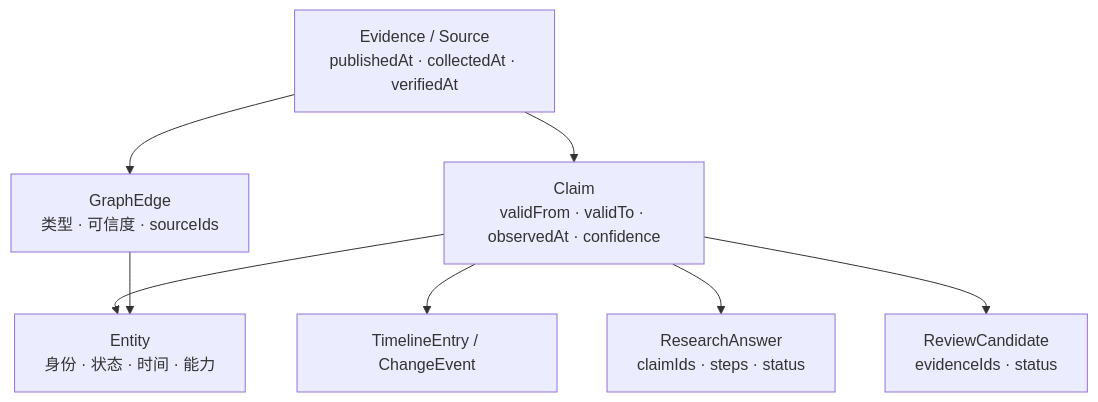
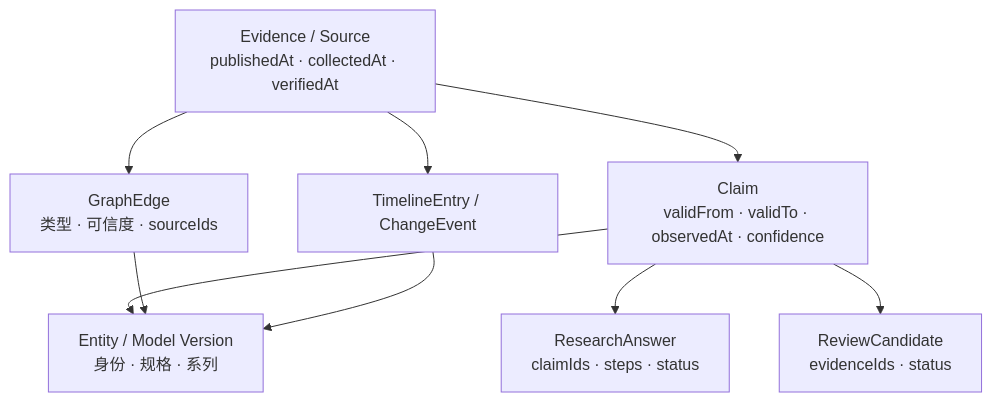
Before and after one commit to xuerp/ai-knowledge-explorer: the second of 3 diagrams in docs/ARCHITECTURE.md, drawn with Mermaid. The commit also changed other lines of this file and 18 other files, not shown here.

````diff
--- a/docs/ARCHITECTURE.md
+++ b/docs/ARCHITECTURE.md
@@ -45,18 +61,16 @@
 ```mermaid
 flowchart TD
   Source["Evidence / Source<br/>publishedAt · collectedAt · verifiedAt"]
   Claim["Claim<br/>validFrom · validTo · observedAt · confidence"]
-  Entity["Entity<br/>身份 · 状态 · 时间 · 能力"]
+  Entity["Entity / Model Version<br/>身份 · 规格 · 系列"]
   Edge["GraphEdge<br/>类型 · 可信度 · sourceIds"]
   Event["TimelineEntry / ChangeEvent"]
   Research["ResearchAnswer<br/>claimIds · steps · status"]
   Review["ReviewCandidate<br/>evidenceIds · status"]
 
-  Source --> Claim
-  Claim --> Entity
-  Source --> Edge
-  Edge --> Entity
-  Claim --> Event
+  Source --> Claim --> Entity
+  Source --> Edge --> Entity
+  Source --> Event --> Entity
   Claim --> Research
   Claim --> Review
 ```
````
